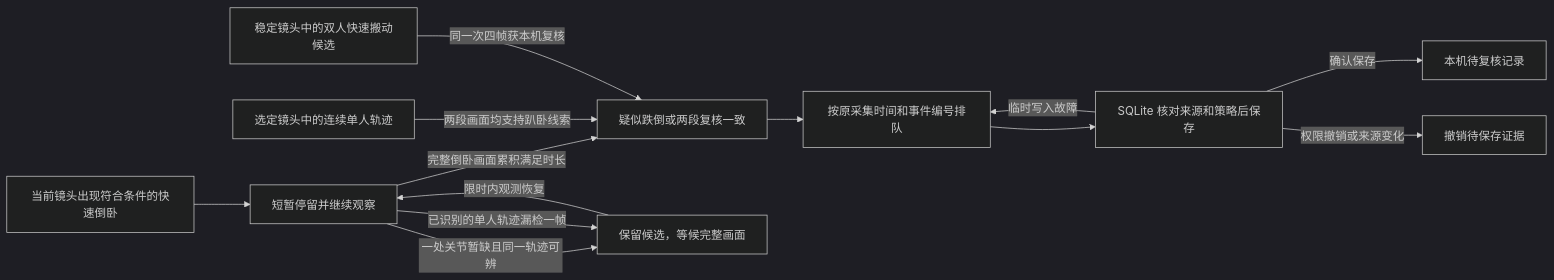
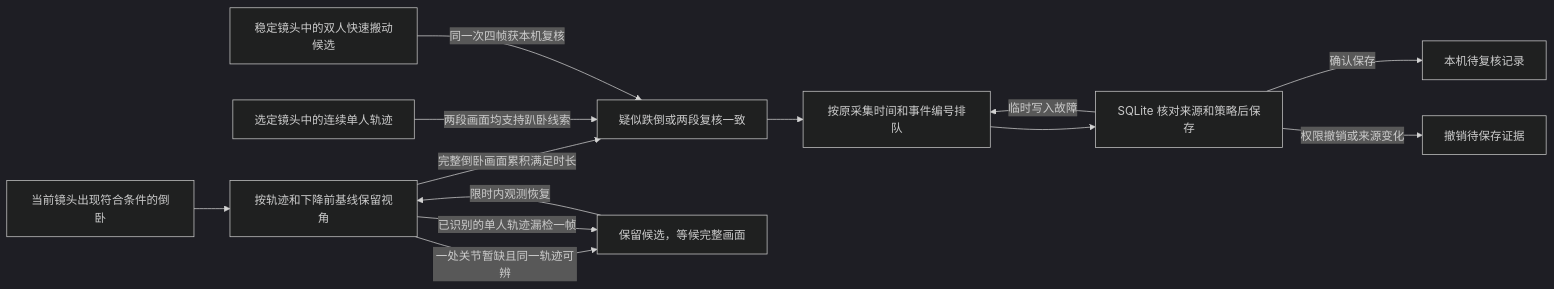
One commit to Geeprox/Friday changed diagram 18 of 38 in docs/architecture.md. Above: the diagram before and after it, drawn with Mermaid (dark theme). The commit also changed other lines of this file and 8 other files, not shown here.

````diff
--- a/docs/architecture.md
+++ b/docs/architecture.md
@@ -460,15 +461,15 @@
 ```mermaid
 flowchart LR
-  F[当前镜头出现符合条件的快速倒卧] --> H[短暂停留并继续观察]
+  F[当前镜头出现符合条件的倒卧] --> H[按轨迹和下降前基线保留视角]
   H -->|完整倒卧画面累积满足时长| S
   H -->|一处关节暂缺且同一轨迹可辨| C[保留候选，等候完整画面]
   H -->|已识别的单人轨迹漏检一帧| C
   C -->|限时内观测恢复| H
   P[选定镜头中的连续单人轨迹] -->|两段画面均支持趴卧线索| S
   M[稳定镜头中的双人快速搬动候选] -->|同一次四帧获本机复核| S
   S[疑似跌倒或两段复核一致] --> Q[按原采集时间和事件编号排队]
   Q --> W[SQLite 核对来源和策略后保存]
   W -->|临时写入故障| Q
   W -->|确认保存| R[本机待复核记录]
   W -->|权限撤销或来源变化| D[撤销待保存证据]
 ```
````
